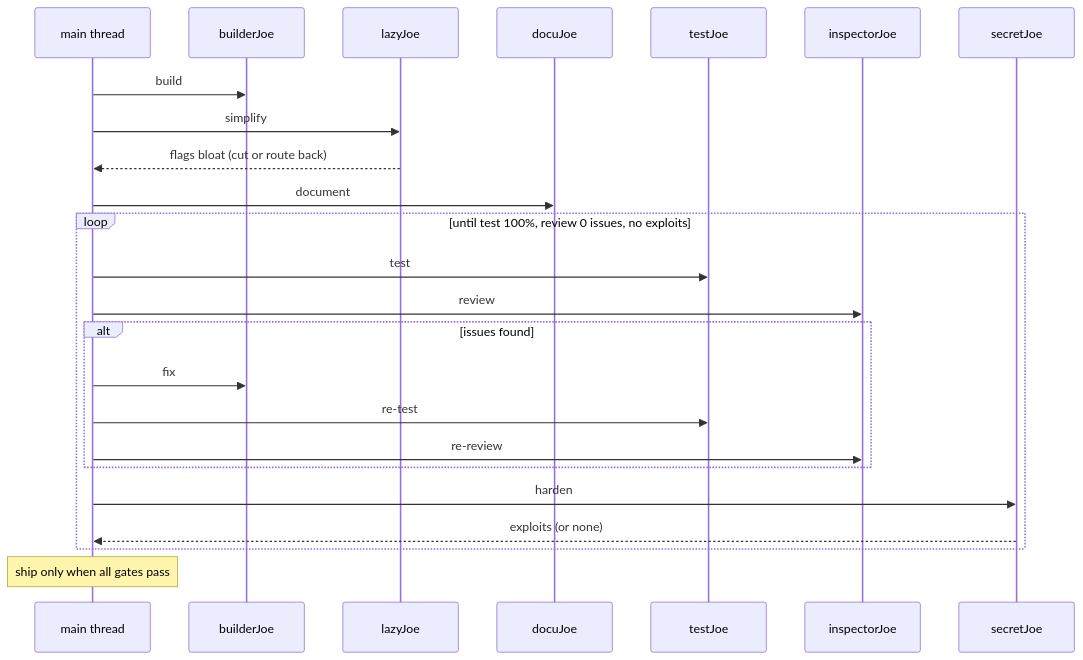
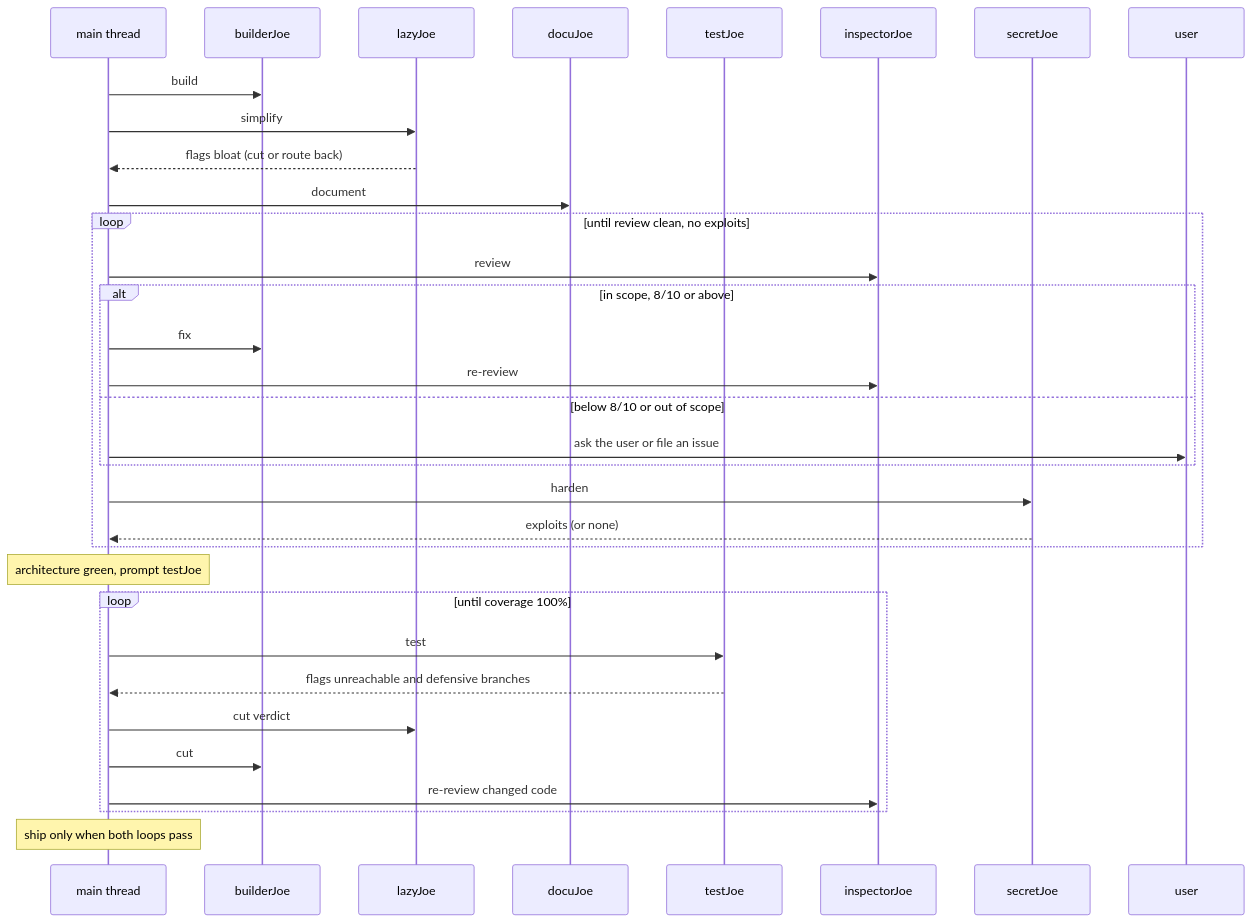
The diagram in skills/superjoe/SKILL.md (codingjoe/superjoe), drawn with Mermaid before and after one commit. The commit also changed other lines of this file and 8 other files, not shown here.

````diff
--- a/skills/superjoe/SKILL.md
+++ b/skills/superjoe/SKILL.md
@@ -91,27 +127,36 @@
 ```mermaid
 sequenceDiagram
     participant Main as main thread
     participant B as builderJoe
     participant L as lazyJoe
     participant D as docuJoe
     participant T as testJoe
     participant I as inspectorJoe
     participant S as secretJoe
+    participant U as user
 
     Main->>B: build
     Main->>L: simplify
     L-->>Main: flags bloat (cut or route back)
     Main->>D: document
-    loop until test 100%, review 0 issues, no exploits
-        Main->>T: test
+    loop until review clean, no exploits
         Main->>I: review
-        alt issues found
+        alt in scope, 8/10 or above
             Main->>B: fix
-            Main->>T: re-test
             Main->>I: re-review
+        else below 8/10 or out of scope
+            Main->>U: ask the user or file an issue
         end
         Main->>S: harden
         S-->>Main: exploits (or none)
     end
-    Note over Main: ship only when all gates pass
+    Note over Main: architecture green, prompt testJoe
+    loop until coverage 100%
+        Main->>T: test
+        T-->>Main: flags unreachable and defensive branches
+        Main->>L: cut verdict
+        Main->>B: cut
+        Main->>I: re-review changed code
+    end
+    Note over Main: ship only when both loops pass
 ```
````
